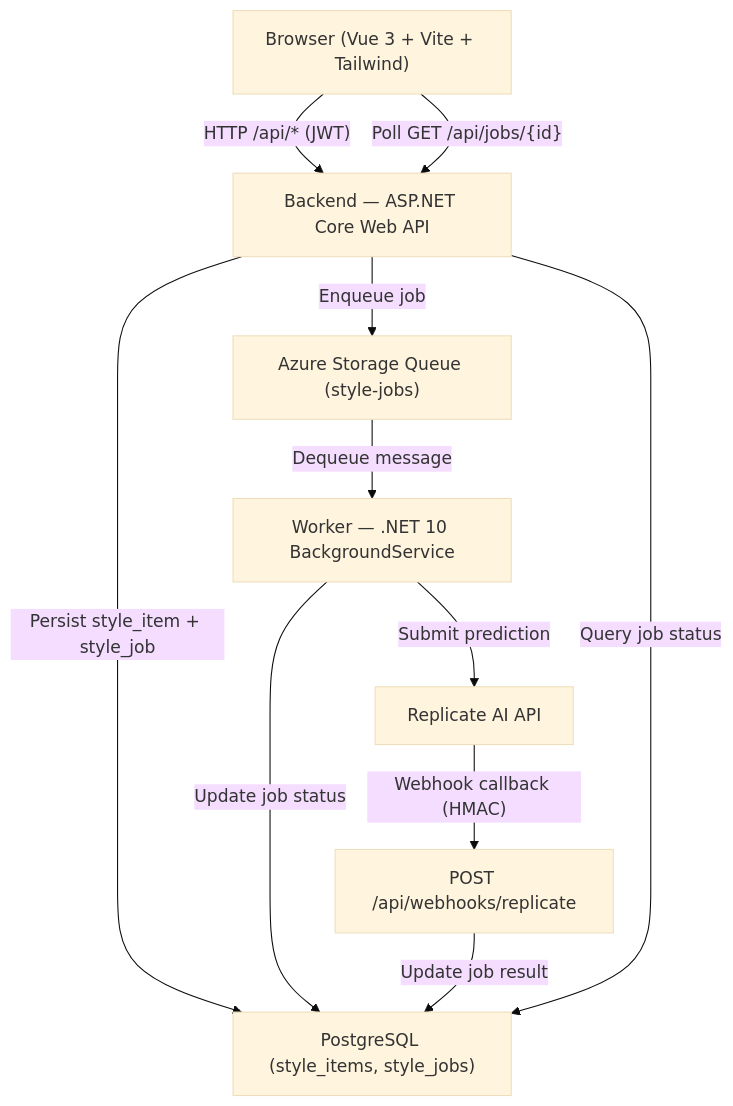
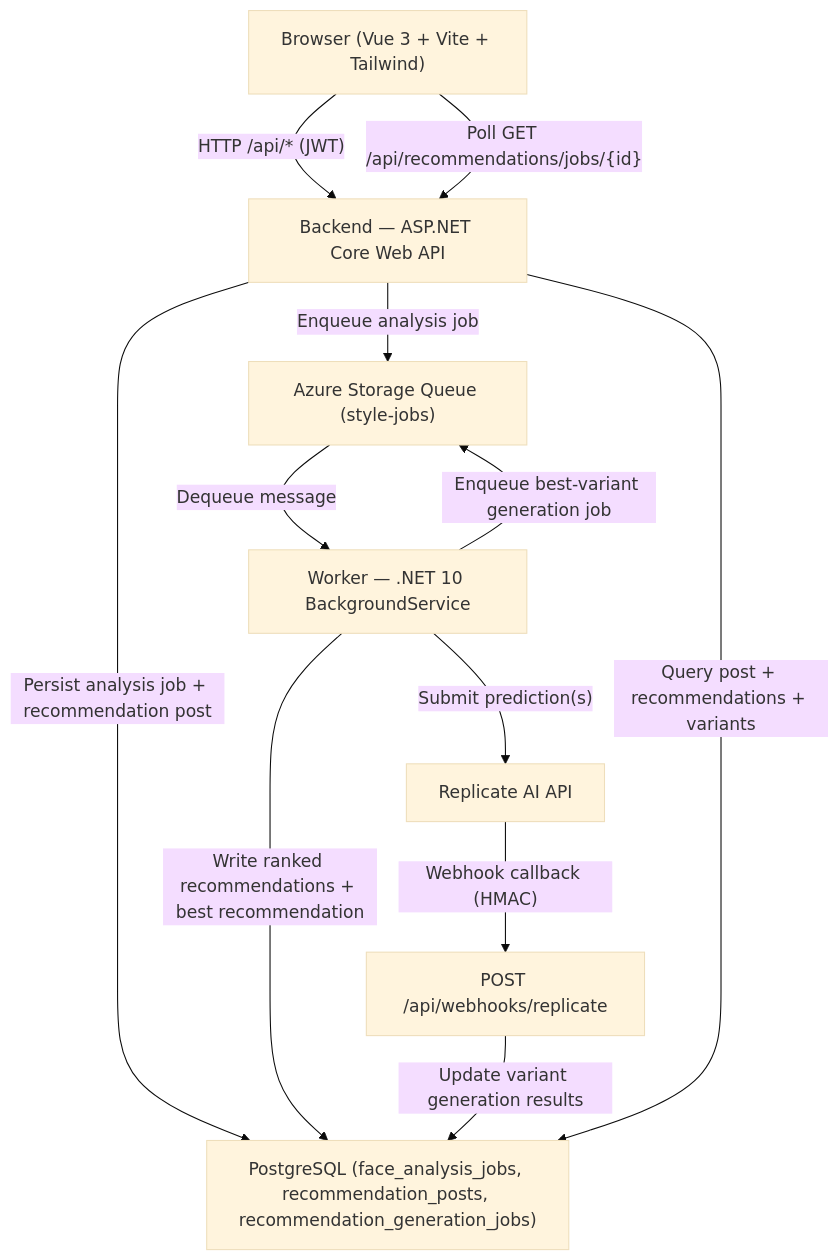
Before and after one commit to DanJ210/HowDoILook: the diagram in ai-style-app/docs/architecture.md, drawn with Mermaid (base theme). The commit also changed other lines of this file and 2 other files, not shown here.

Commit message:
Refactor documentation to reflect recommendation-first architecture and update API contracts for analysis and variant generation

````diff
--- a/ai-style-app/docs/architecture.md
+++ b/ai-style-app/docs/architecture.md
@@ -5,21 +7,22 @@
 ```mermaid
 graph TD
     User["Browser (Vue 3 + Vite + Tailwind)"]
     API["Backend — ASP.NET Core Web API"]
     Queue["Azure Storage Queue (style-jobs)"]
     Worker["Worker — .NET 10 BackgroundService"]
-    DB["PostgreSQL (style_items, style_jobs)"]
+  DB["PostgreSQL (face_analysis_jobs, recommendation_posts, recommendation_generation_jobs)"]
     Replicate["Replicate AI API"]
     Webhook["POST /api/webhooks/replicate"]
 
     User -->|"HTTP /api/*  (JWT)"| API
-    API -->|"Persist style_item + style_job"| DB
-    API -->|"Enqueue job"| Queue
+  API -->|"Persist analysis job + recommendation post"| DB
+  API -->|"Enqueue analysis job"| Queue
     Queue -->|"Dequeue message"| Worker
-    Worker -->|"Update job status"| DB
-    Worker -->|"Submit prediction"| Replicate
+  Worker -->|"Write ranked recommendations + best recommendation"| DB
+  Worker -->|"Enqueue best-variant generation job"| Queue
+  Worker -->|"Submit prediction(s)"| Replicate
     Replicate -->|"Webhook callback (HMAC)"| Webhook
-    Webhook -->|"Update job result"| DB
-    User -->|"Poll GET /api/jobs/{id}"| API
-    API -->|"Query job status"| DB
+  Webhook -->|"Update variant generation results"| DB
+  User -->|"Poll GET /api/recommendations/jobs/{id}"| API
+  API -->|"Query post + recommendations + variants"| DB
 ```
````
